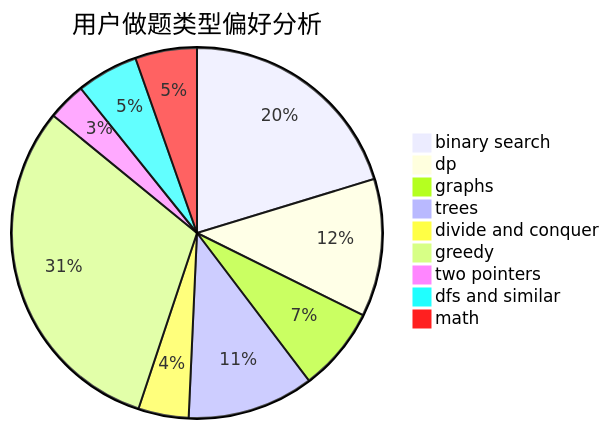
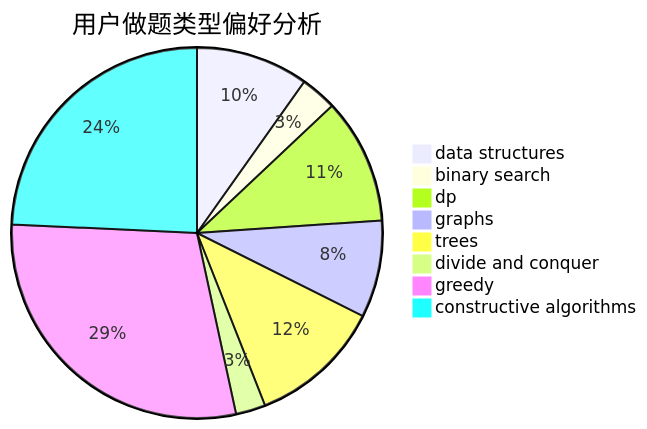
The second of 3 diagrams in docs/user/u2212.md (sherpahu/cfrs.github.io), drawn with Mermaid before and after one commit. The commit also changed other lines of this file and 2775 other files, not shown here.

````diff
--- a/docs/user/u2212.md
+++ b/docs/user/u2212.md
@@ -23,12 +23,11 @@
 ```mermaid
 pie title 用户做题类型偏好分析
-    "binary search" :  226
-    "dp" :  134
-    "graphs" :  82
-    "trees" :  123
-    "divide and conquer" :  49
-    "greedy" :  343
-    "two pointers" :  37
-    "dfs and similar" :  60
-    "math" :  60
+    "data structures" :  87
+    "binary search" :  28
+    "dp" :  97
+    "graphs" :  75
+    "trees" :  103
+    "divide and conquer" :  23
+    "greedy" :  258
+    "constructive algorithms" :  215
 ```
````
